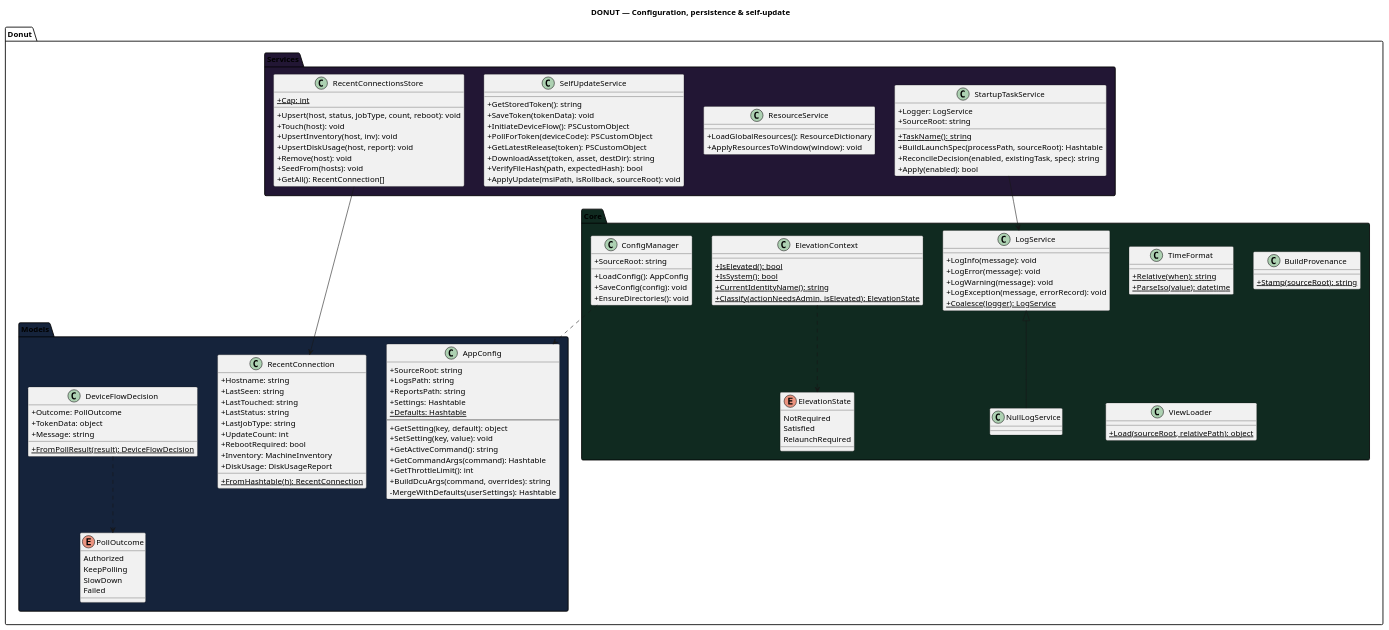
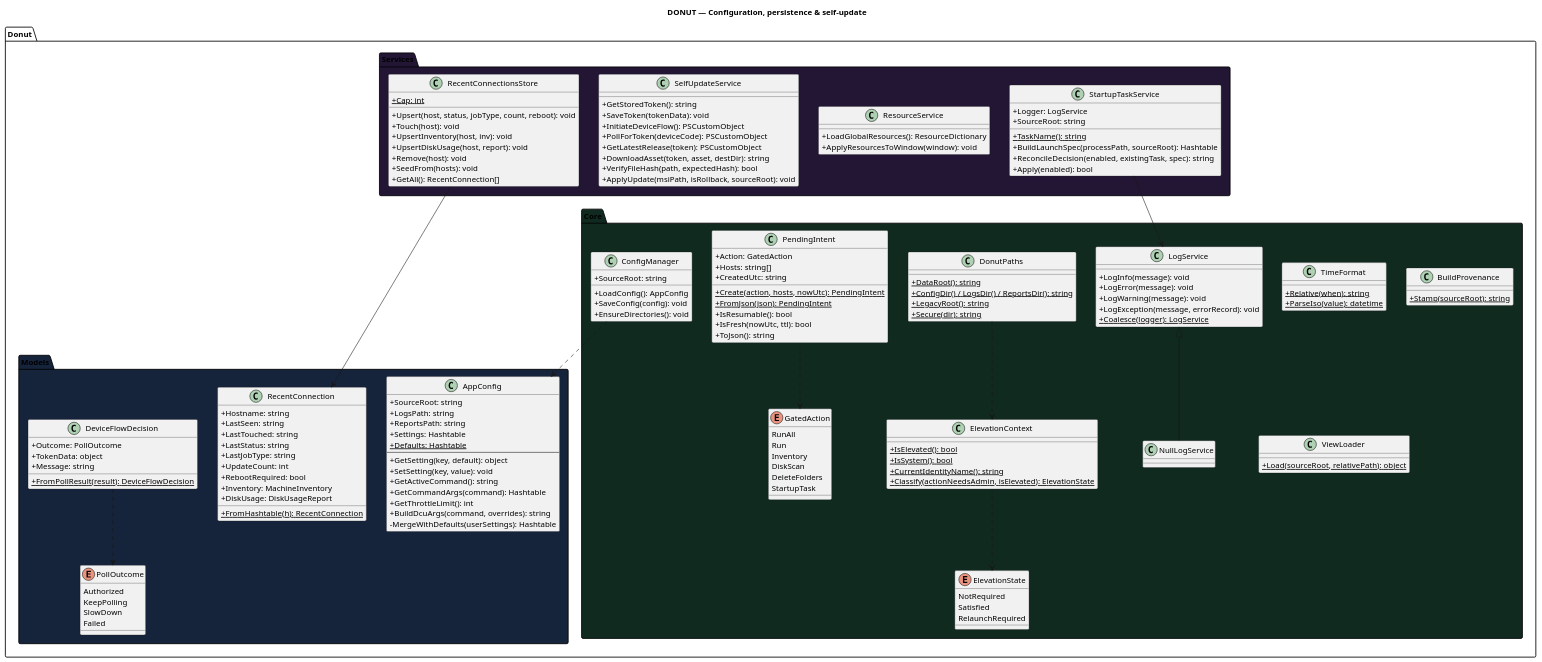
The diagram in docs/diagrams/class_config.puml (Danial-Changez/DONUT), drawn with PlantUML before and after one commit. The commit also changed 20 other files, not shown here.

```diff
--- a/docs/diagrams/class_config.puml
+++ b/docs/diagrams/class_config.puml
@@ -1,141 +1,170 @@
 @startuml class_config
 title DONUT — Configuration, persistence & self-update
 skinparam classAttributeIconSize 0
 
 ' Subsystem cut of the retired all-in-one class diagram: config/persistence,
 ' logging/provenance, the recents store, startup-task plumbing, and self-update.
 ' Cross-subsystem wiring lives in component_diagram.
 package "Donut.Core" #102A20 {
     class ConfigManager {
         +SourceRoot: string
         +LoadConfig(): AppConfig
         +SaveConfig(config): void
         +EnsureDirectories(): void
     }
 
     class LogService {
         +LogInfo(message): void
         +LogError(message): void
         +LogWarning(message): void
         +LogException(message, errorRecord): void
         +{static} Coalesce(logger): LogService
     }
     class NullLogService extends LogService
 
     class TimeFormat {
         +{static} Relative(when): string
         +{static} ParseIso(value): datetime
     }
 
     enum ElevationState {
         NotRequired
         Satisfied
         RelaunchRequired
     }
 
+    class DonutPaths {
+        +{static} DataRoot(): string
+        +{static} ConfigDir() / LogsDir() / ReportsDir(): string
+        +{static} LegacyRoot(): string
+        +{static} Secure(dir): string
+    }
+
     class ElevationContext {
         +{static} IsElevated(): bool
         +{static} IsSystem(): bool
         +{static} CurrentIdentityName(): string
         +{static} Classify(actionNeedsAdmin, isElevated): ElevationState
     }
     ElevationContext ..> ElevationState
+    DonutPaths ..> ElevationContext
+
+    enum GatedAction {
+        RunAll
+        Run
+        Inventory
+        DiskScan
+        DeleteFolders
+        StartupTask
+    }
+
+    class PendingIntent {
+        +Action: GatedAction
+        +Hosts: string[]
+        +CreatedUtc: string
+        +{static} Create(action, hosts, nowUtc): PendingIntent
+        +{static} FromJson(json): PendingIntent
+        +IsResumable(): bool
+        +IsFresh(nowUtc, ttl): bool
+        +ToJson(): string
+    }
+    PendingIntent ..> GatedAction
 
     class BuildProvenance {
         +{static} Stamp(sourceRoot): string
     }
 
     class ViewLoader {
         +{static} Load(sourceRoot, relativePath): object
     }
 }
 
 package "Donut.Services" #221634 {
     class RecentConnectionsStore {
         +{static} Cap: int
         +Upsert(host, status, jobType, count, reboot): void
         +Touch(host): void
         +UpsertInventory(host, inv): void
         +UpsertDiskUsage(host, report): void
         +Remove(host): void
         +SeedFrom(hosts): void
         +GetAll(): RecentConnection[]
     }
 
     class ResourceService {
         +LoadGlobalResources(): ResourceDictionary
         +ApplyResourcesToWindow(window): void
     }
 
     class SelfUpdateService {
         +GetStoredToken(): string
         +SaveToken(tokenData): void
         +InitiateDeviceFlow(): PSCustomObject
         +PollForToken(deviceCode): PSCustomObject
         +GetLatestRelease(token): PSCustomObject
         +DownloadAsset(token, asset, destDir): string
         +VerifyFileHash(path, expectedHash): bool
         +ApplyUpdate(msiPath, isRollback, sourceRoot): void
     }
 
     class StartupTaskService {
         +Logger: LogService
         +SourceRoot: string
         +{static} TaskName(): string
         +BuildLaunchSpec(processPath, sourceRoot): Hashtable
         +ReconcileDecision(enabled, existingTask, spec): string
         +Apply(enabled): bool
     }
 }
 
 package "Donut.Models" #15233B {
     class AppConfig {
         +SourceRoot: string
         +LogsPath: string
         +ReportsPath: string
         +Settings: Hashtable
         +{static} Defaults: Hashtable
         --
         +GetSetting(key, default): object
         +SetSetting(key, value): void
         +GetActiveCommand(): string
         +GetCommandArgs(command): Hashtable
         +GetThrottleLimit(): int
         +BuildDcuArgs(command, overrides): string
         -MergeWithDefaults(userSettings): Hashtable
     }
 
     class RecentConnection {
         +Hostname: string
         +LastSeen: string
         +LastTouched: string
         +LastStatus: string
         +LastJobType: string
         +UpdateCount: int
         +RebootRequired: bool
         +Inventory: MachineInventory
         +DiskUsage: DiskUsageReport
         +{static} FromHashtable(h): RecentConnection
     }
 
     enum PollOutcome {
         Authorized
         KeepPolling
         SlowDown
         Failed
     }
 
     class DeviceFlowDecision {
         +Outcome: PollOutcome
         +TokenData: object
         +Message: string
         +{static} FromPollResult(result): DeviceFlowDecision
     }
 }
 
 ConfigManager ..> AppConfig
 RecentConnectionsStore --> RecentConnection
 DeviceFlowDecision ..> PollOutcome
 StartupTaskService --> LogService
 
 @enduml
```
